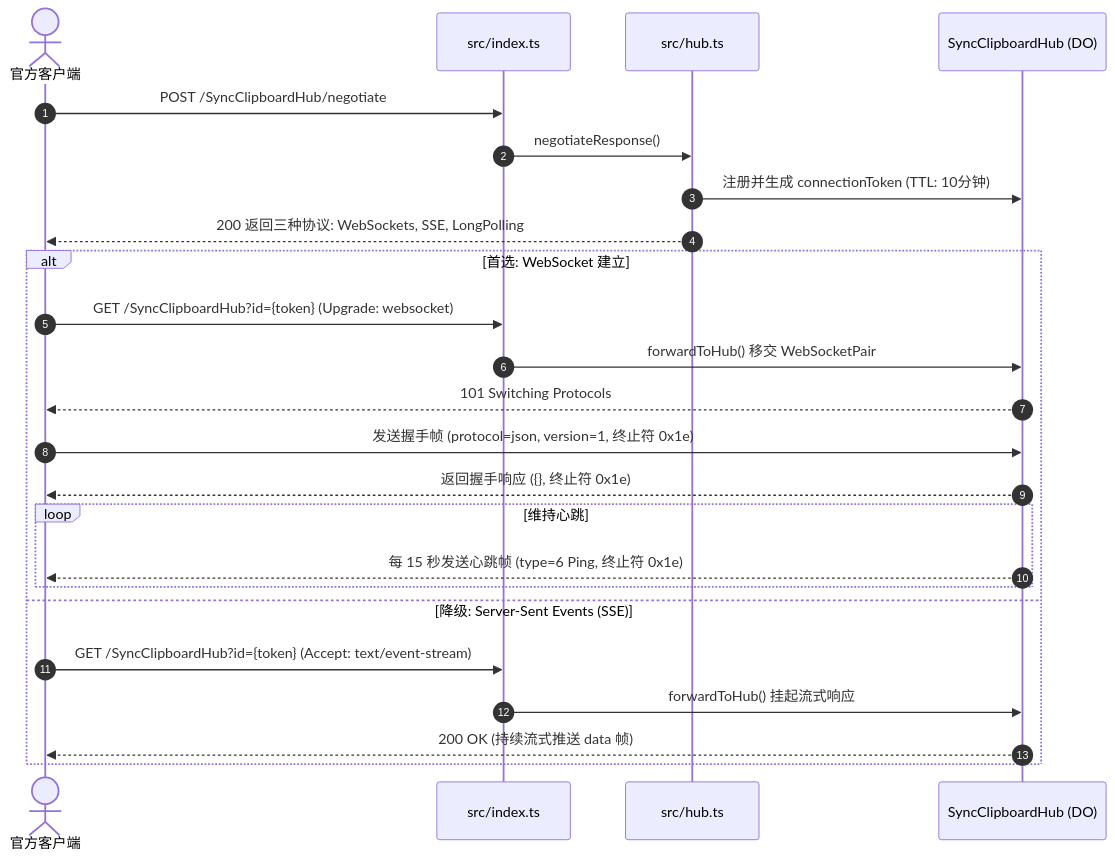
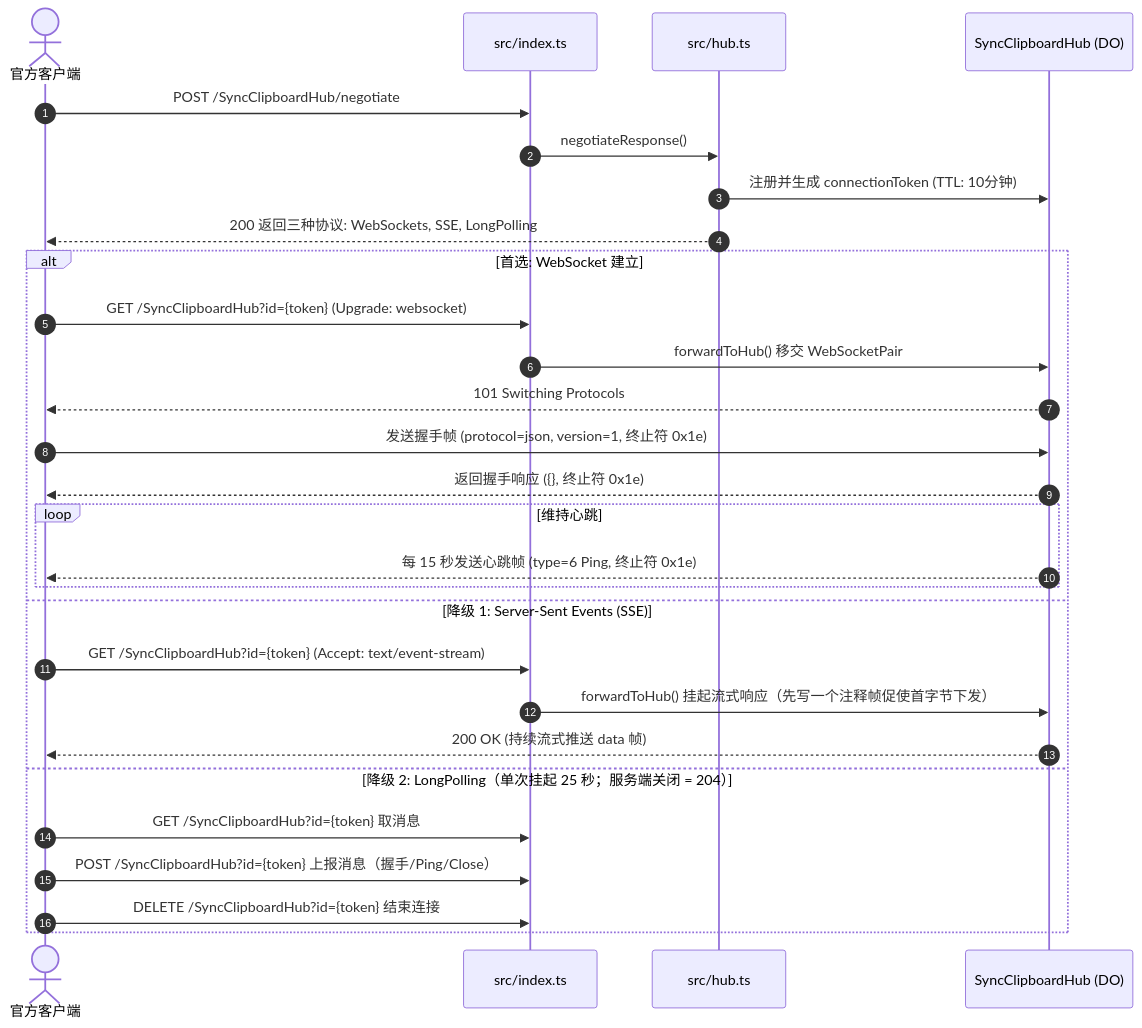
The third of 4 diagrams in docs/project-analysis.md (Leexunhuan743/SyncClipboardCfServer), drawn with Mermaid before and after one commit. The commit also changed other lines of this file and 3 other files, not shown here.

First line of the commit message:
docs: README 手机竖版截图（480×1040）+ project-analysis 事实订正 21 处（含 § 改号）

````diff
--- a/docs/project-analysis.md
+++ b/docs/project-analysis.md
@@ -229,28 +241,32 @@
 ```mermaid
 sequenceDiagram
     autonumber
     actor Client as 官方客户端
     participant Entry as src/index.ts
     participant HubRoute as src/hub.ts
     participant DO as SyncClipboardHub (DO)
 
     Client->>Entry: POST /SyncClipboardHub/negotiate
     Entry->>HubRoute: negotiateResponse()
     HubRoute->>DO: 注册并生成 connectionToken (TTL: 10分钟)
     HubRoute-->>Client: 200 返回三种协议: WebSockets, SSE, LongPolling
 
     alt 首选: WebSocket 建立
         Client->>Entry: GET /SyncClipboardHub?id={token} (Upgrade: websocket)
         Entry->>DO: forwardToHub() 移交 WebSocketPair
         DO-->>Client: 101 Switching Protocols
         Client->>DO: 发送握手帧 (protocol=json, version=1, 终止符 0x1e)
         DO-->>Client: 返回握手响应 ({}, 终止符 0x1e)
         loop 维持心跳
             DO-->>Client: 每 15 秒发送心跳帧 (type=6 Ping, 终止符 0x1e)
         end
-    else 降级: Server-Sent Events (SSE)
+    else 降级 1: Server-Sent Events (SSE)
         Client->>Entry: GET /SyncClipboardHub?id={token} (Accept: text/event-stream)
-        Entry->>DO: forwardToHub() 挂起流式响应
+        Entry->>DO: forwardToHub() 挂起流式响应（先写一个注释帧促使首字节下发）
         DO-->>Client: 200 OK (持续流式推送 data 帧)
+    else 降级 2: LongPolling（单次挂起 25 秒；服务端关闭 = 204）
+        Client->>Entry: GET /SyncClipboardHub?id={token}  取消息
+        Client->>Entry: POST /SyncClipboardHub?id={token} 上报消息（握手/Ping/Close）
+        Client->>Entry: DELETE /SyncClipboardHub?id={token} 结束连接
     end
 ```
````
